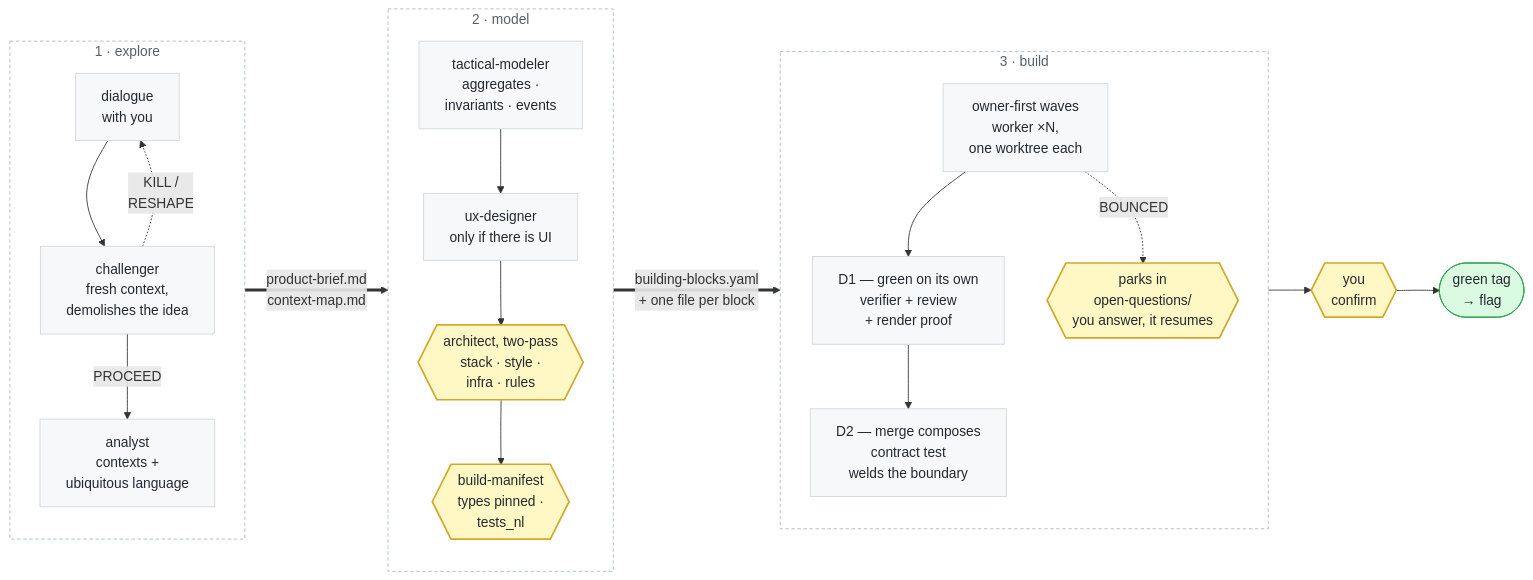
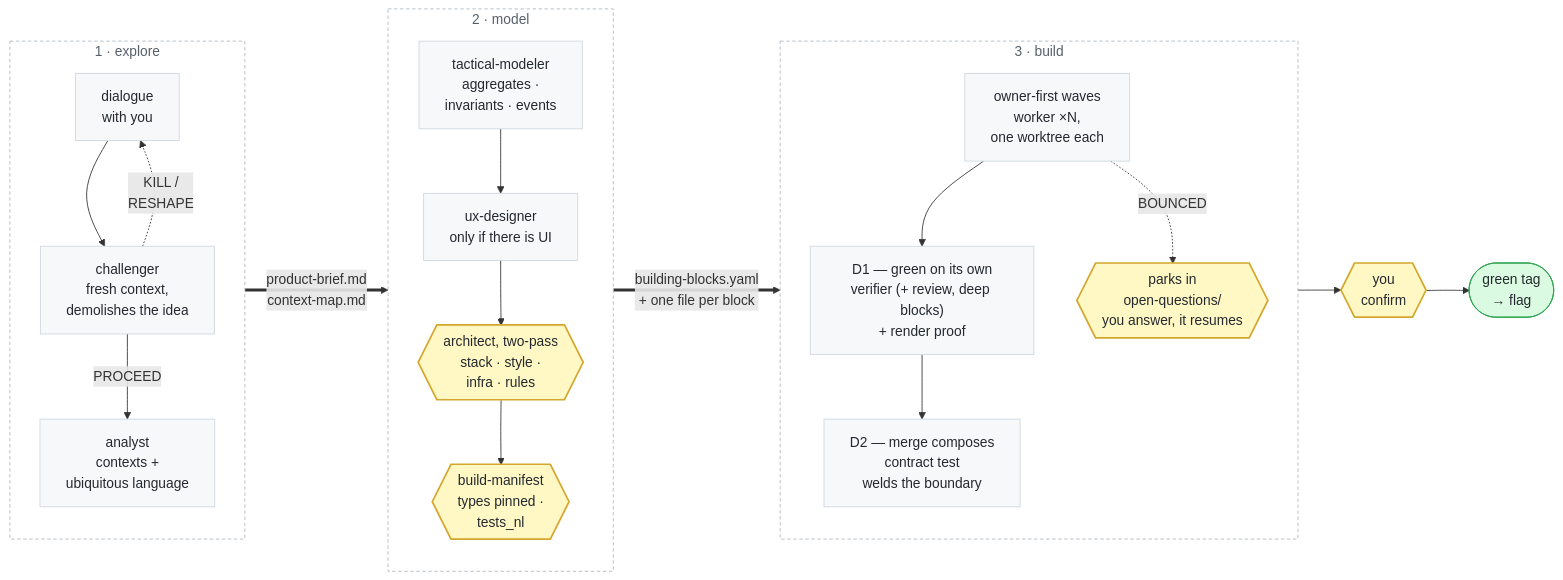
One commit to lucolucus/mismagent changed the second of 2 diagrams in README.md. Above: the diagram before and after it, drawn with Mermaid. The commit also changed other lines of this file and 46 other files, not shown here.

````diff
--- a/README.md
+++ b/README.md
@@ -67,44 +69,44 @@
 ```mermaid
 flowchart LR
     subgraph EX["1 · explore"]
         direction TB
         dlg["dialogue<br/>with you"]
         chal["challenger<br/>fresh context,<br/>demolishes the idea"]
         ana["analyst<br/>contexts +<br/>ubiquitous language"]
         dlg --> chal
         chal -. "KILL /<br/>RESHAPE" .-> dlg
         chal -- PROCEED --> ana
     end
 
     subgraph MO["2 · model"]
         direction TB
         tact["tactical-modeler<br/>aggregates ·<br/>invariants · events"]
         ux["ux-designer<br/>only if there is UI"]
         arch{{"architect, two-pass<br/>stack · style ·<br/>infra · rules"}}
         bman{{"build-manifest<br/>types pinned ·<br/>tests_nl"}}
         tact --> ux --> arch --> bman
     end
 
     subgraph BU["3 · build"]
         direction TB
         waves["owner-first waves<br/>worker ×N,<br/>one worktree each"]
         park{{"parks in<br/>open-questions/<br/>you answer, it resumes"}}
-        d1["D1 — green on its own<br/>verifier + review<br/>+ render proof"]
+        d1["D1 — green on its own<br/>verifier (+ review, deep blocks)<br/>+ render proof"]
         d2["D2 — merge composes<br/>contract test<br/>welds the boundary"]
         waves --> d1 --> d2
         waves -. BOUNCED .-> park
     end
 
     ana == "product-brief.md<br/>context-map.md" ==> tact
     bman == "building-blocks.yaml<br/>+ one file per block" ==> waves
     d2 --> conf{{"you<br/>confirm"}} --> done([green tag<br/>→ flag])
 
     classDef human fill:#fff8c5,stroke:#d4a72c,stroke-width:2px,color:#24292f
     classDef step fill:#f6f8fa,stroke:#d0d7de,color:#24292f
     classDef term fill:#dafbe1,stroke:#2da44e,color:#24292f
     classDef movement fill:#ffffff,stroke:#afb8c1,stroke-dasharray:4 3,color:#57606a
     class arch,bman,park,conf human
     class dlg,chal,ana,tact,ux,waves,d1,d2 step
     class done term
     class EX,MO,BU movement
 ```
````
